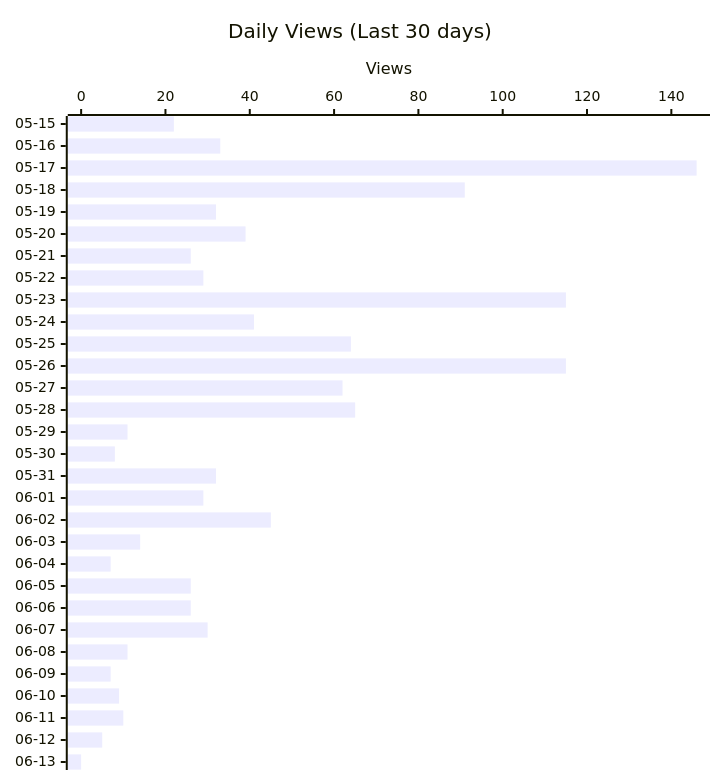
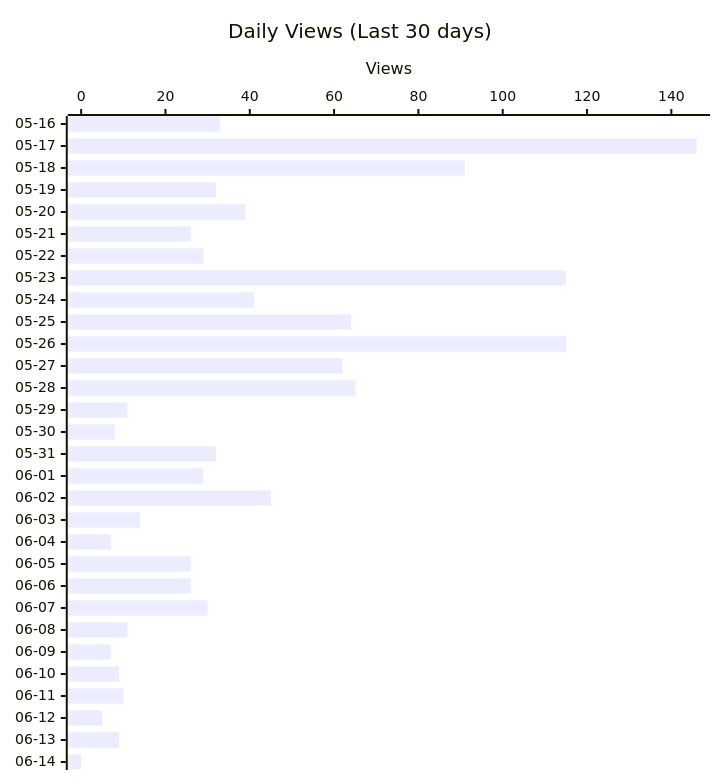
The second of 3 diagrams in README.md (shigechika/github-insights), drawn with Mermaid before and after one commit. The commit also changed other lines of this file and 2 other files, not shown here.

````diff
--- a/README.md
+++ b/README.md
@@ -28,12 +28,12 @@
 ```mermaid
 ---
 config:
   xyChart:
     height: 760
 ---
 xychart-beta horizontal
     title "Daily Views (Last 30 days)"
-    x-axis ["05-15", "05-16", "05-17", "05-18", "05-19", "05-20", "05-21", "05-22", "05-23", "05-24", "05-25", "05-26", "05-27", "05-28", "05-29", "05-30", "05-31", "06-01", "06-02", "06-03", "06-04", "06-05", "06-06", "06-07", "06-08", "06-09", "06-10", "06-11", "06-12", "06-13"]
+    x-axis ["05-16", "05-17", "05-18", "05-19", "05-20", "05-21", "05-22", "05-23", "05-24", "05-25", "05-26", "05-27", "05-28", "05-29", "05-30", "05-31", "06-01", "06-02", "06-03", "06-04", "06-05", "06-06", "06-07", "06-08", "06-09", "06-10", "06-11", "06-12", "06-13", "06-14"]
     y-axis "Views"
-    bar [22, 33, 146, 91, 32, 39, 26, 29, 115, 41, 64, 115, 62, 65, 11, 8, 32, 29, 45, 14, 7, 26, 26, 30, 11, 7, 9, 10, 5, 0]
+    bar [33, 146, 91, 32, 39, 26, 29, 115, 41, 64, 115, 62, 65, 11, 8, 32, 29, 45, 14, 7, 26, 26, 30, 11, 7, 9, 10, 5, 9, 0]
 ```
````
